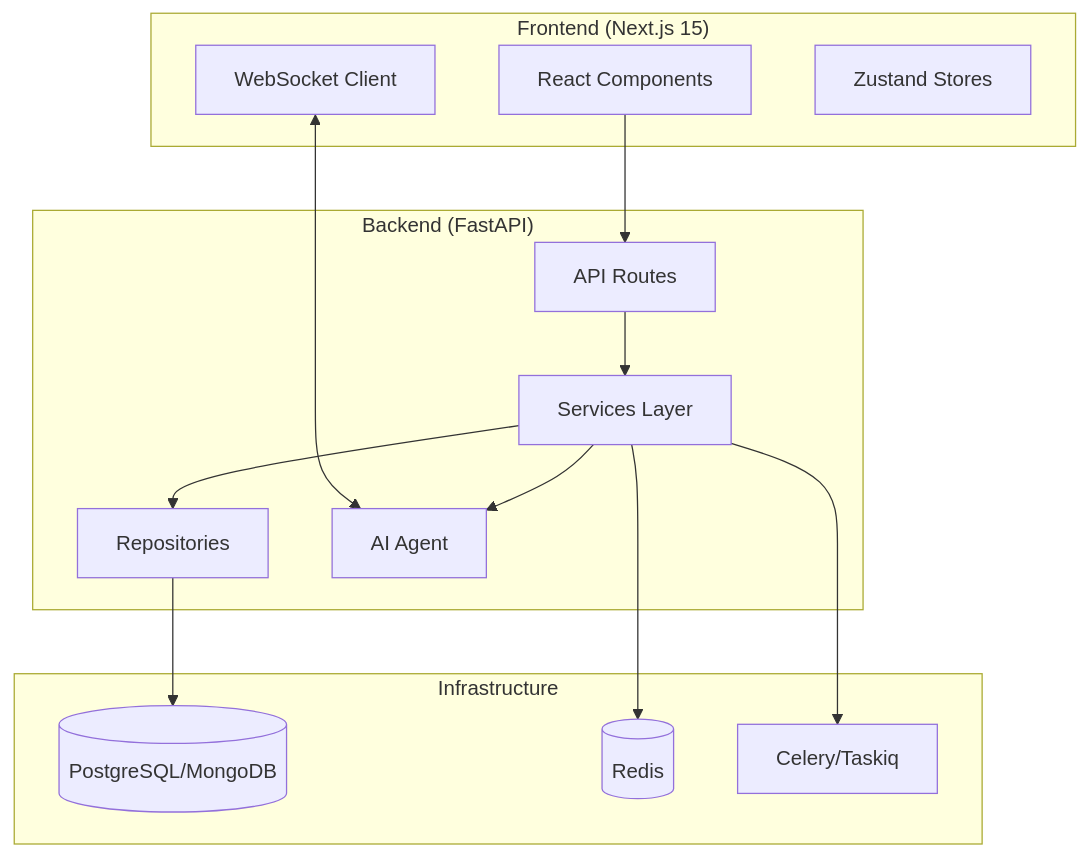
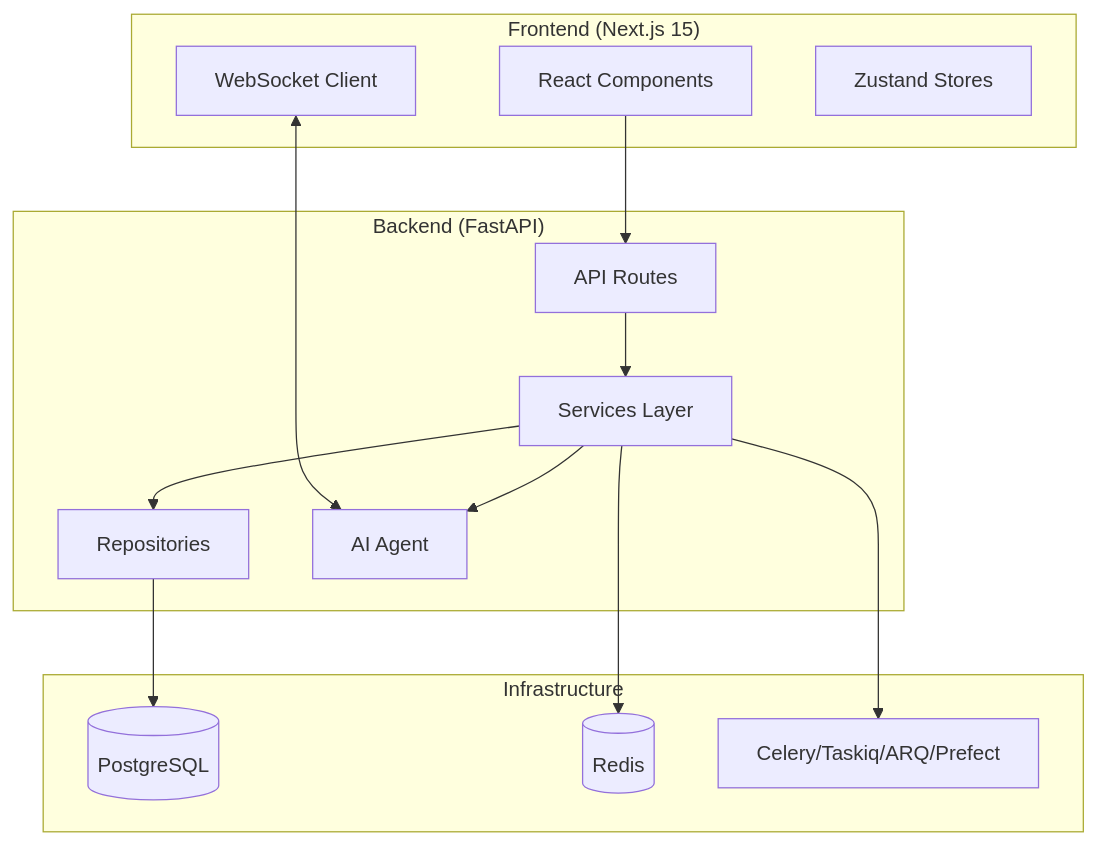
One commit to Anushkakumar10/agent-template changed the diagram in docs/concepts/index.md. Above: the diagram before and after it, drawn with Mermaid. The commit also changed other lines of this file and 692 other files, not shown here.

````diff
--- a/docs/concepts/index.md
+++ b/docs/concepts/index.md
@@ -7,30 +7,30 @@
 ```mermaid
 graph TB
     subgraph Frontend["Frontend (Next.js 15)"]
         UI[React Components]
         WS[WebSocket Client]
         Store[Zustand Stores]
     end
 
     subgraph Backend["Backend (FastAPI)"]
         API[API Routes]
         Services[Services Layer]
         Repos[Repositories]
         Agent[AI Agent]
     end
 
     subgraph Infrastructure
-        DB[(PostgreSQL/MongoDB)]
+        DB[(PostgreSQL)]
         Redis[(Redis)]
-        Queue[Celery/Taskiq]
+        Queue[Celery/Taskiq/ARQ/Prefect]
     end
 
     UI --> API
     WS <--> Agent
     API --> Services
     Services --> Repos
     Services --> Agent
     Repos --> DB
     Services --> Redis
     Services --> Queue
 ```
````
